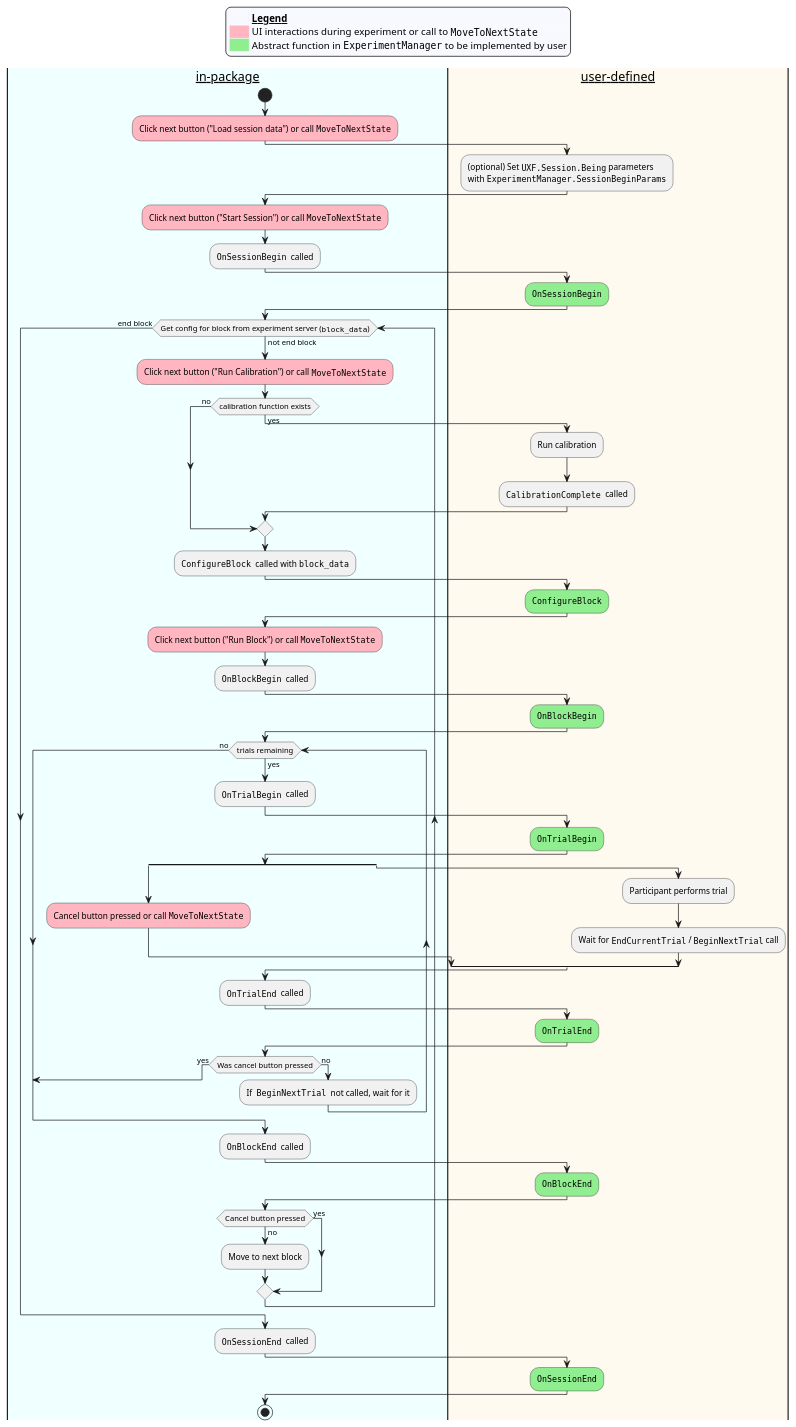
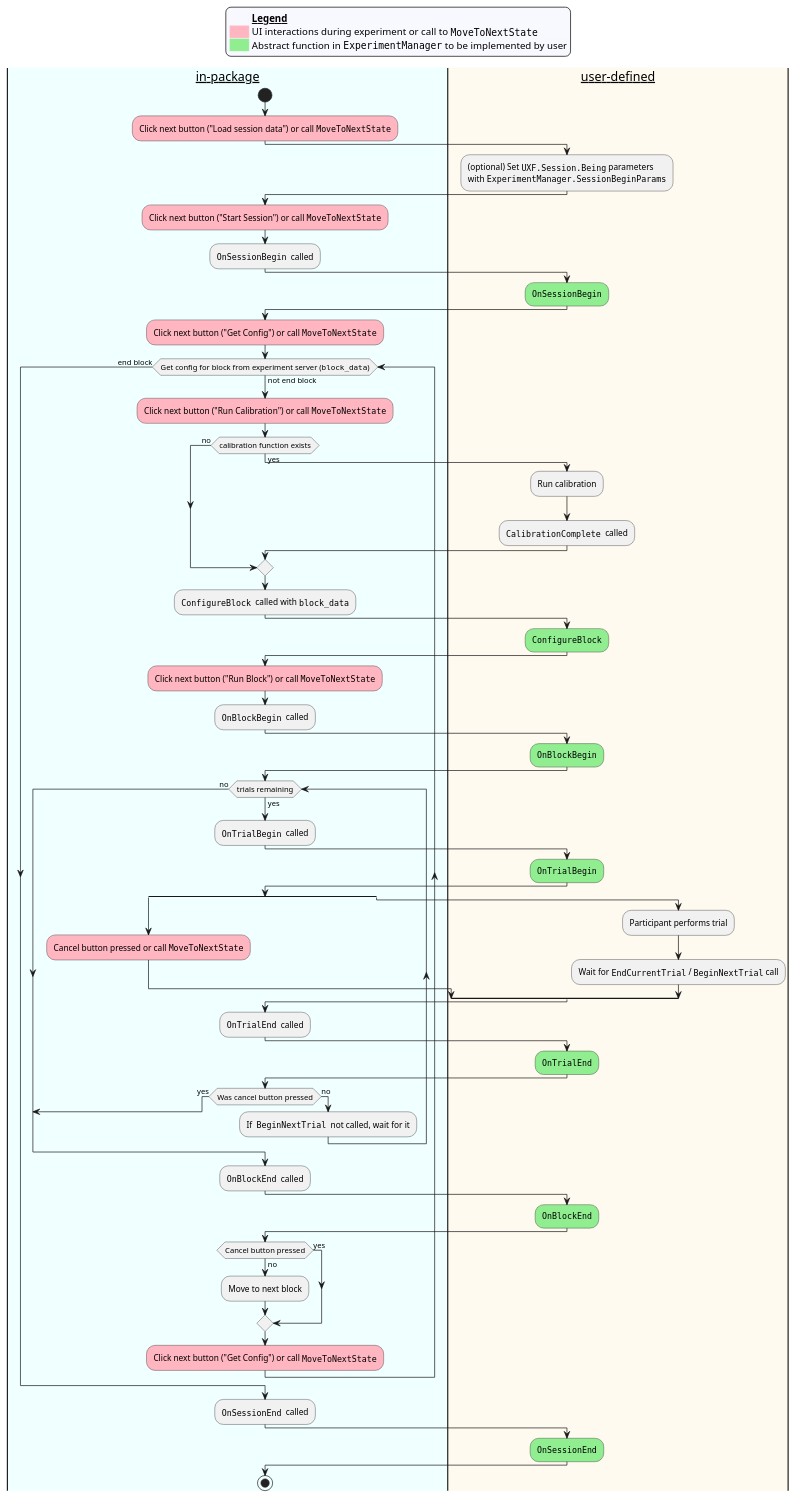
The diagram in Docs~/activity_chart.plantuml (ovi-lab/UXF-extensions), drawn with PlantUML before and after one commit. The commit also changed 2 other files, not shown here.

Commit message:
Add "get config" state & remove shutdown call

```diff
--- a/Docs~/activity_chart.plantuml
+++ b/Docs~/activity_chart.plantuml
@@ -1,100 +1,102 @@
 @startuml
 skinparam legend {
   backgroundColor #GhostWhite
   entrySeparator #GhostWhite
 }
 
 legend top
   <#GhostWhite,#GhostWhite>|        |= __Legend__ |
   |<#lightpink>   | UI interactions during experiment or call to ""MoveToNextState""|
   |<#lightgreen>  | Abstract function in ""ExperimentManager"" to be implemented by user|
 endlegend
 
 |__in-package__|
 start
 #lightpink:Click next button ("Load session data") or call ""MoveToNextState"";
 |#FloralWhite|__user-defined__|
 :(optional) Set ""UXF.Session.Being"" parameters
 with ""ExperimentManager.SessionBeginParams"";
 |__in-package__|
 #lightpink:Click next button ("Start Session") or call ""MoveToNextState"";
 :""OnSessionBegin""  called;
 |__user-defined__|
 #lightgreen:""OnSessionBegin"";
 |#Azure|__in-package__|
+#lightpink:Click next button ("Get Config") or call ""MoveToNextState"";
 
 while (Get config for block from experiment server (""block_data"")) is (not end block)
 
     #lightpink:Click next button ("Run Calibration") or call ""MoveToNextState"";
     if (calibration function exists) then (yes)
         |__user-defined__|
         :Run calibration;
         :""CalibrationComplete""  called;
     else (no)
     endif
 
     |__in-package__|
     :""ConfigureBlock""  called with ""block_data"";
 
     |__user-defined__|
     #lightgreen:""ConfigureBlock"";
 
     |__in-package__|
     #lightpink:Click next button ("Run Block") or call ""MoveToNextState"";
     :""OnBlockBegin""  called;
 
     |__user-defined__|
     #lightgreen:""OnBlockBegin"";
 
     |__in-package__|
     while (trials remaining) is (yes)
 
         :""OnTrialBegin""  called;
 
         |__user-defined__|
         #lightgreen:""OnTrialBegin"";
 
         split
             |__in-package__|
             #lightpink:Cancel button pressed or call ""MoveToNextState"";
         split again
             |__user-defined__|
             :Participant performs trial;
             :Wait for ""EndCurrentTrial"" / ""BeginNextTrial"" call;
         end split
 
         |__in-package__|
         :""OnTrialEnd""  called;
 
         |__user-defined__|
         #lightgreen:""OnTrialEnd"";
 
         |__in-package__|
         if (Was cancel button pressed) then (yes)
             break
         else (no)
             :If  ""BeginNextTrial""  not called, wait for it;
         endif
     endwhile (no)
 
     :""OnBlockEnd""  called;
 
     |__user-defined__|
     #lightgreen:""OnBlockEnd"";
 
     |__in-package__|
     if (Cancel button pressed) then (no)
         :Move to next block;
     else (yes)
     endif
+    #lightpink:Click next button ("Get Config") or call ""MoveToNextState"";
 
 endwhile (end block)
 
 :""OnSessionEnd""  called;
 
 |__user-defined__|
 #lightgreen:""OnSessionEnd"";
 
 |__in-package__|
 stop
 @enduml
```
